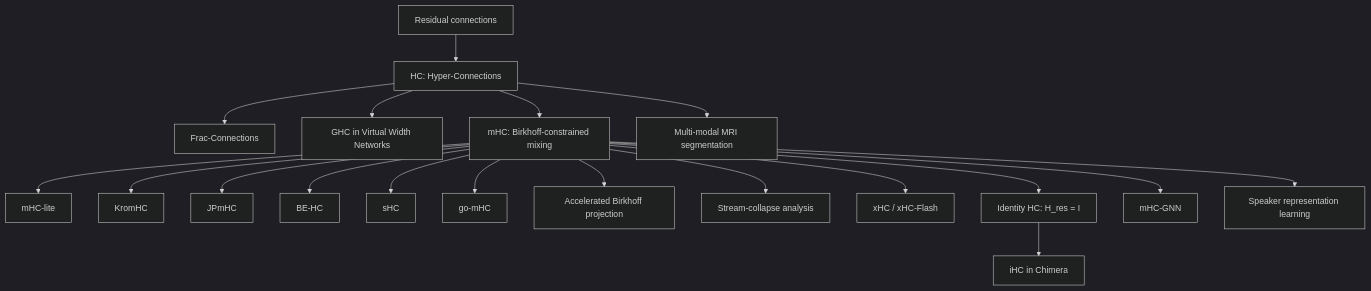
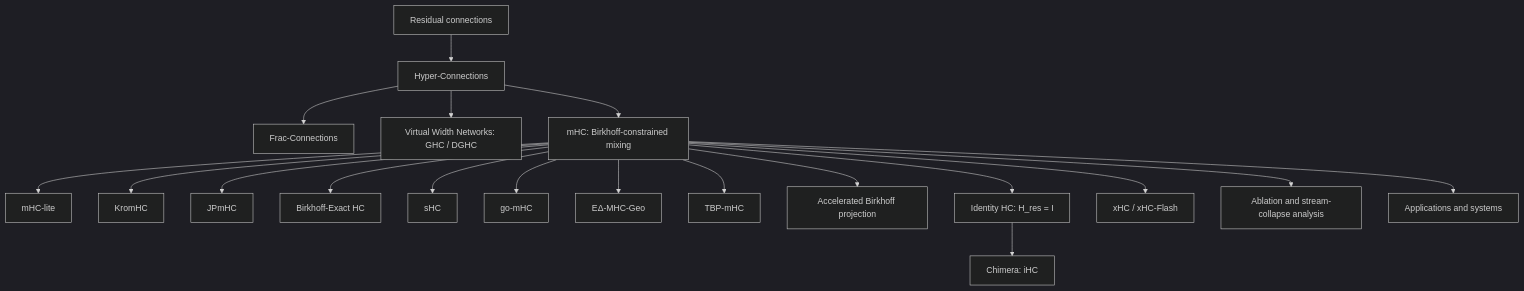
Before and after one commit to JiwenJ/Awesome-Hyper-Connection: the diagram in README.md, drawn with Mermaid (dark theme). The commit also changed other lines of this file, not shown here.

````diff
--- a/README.md
+++ b/README.md
@@ -46,24 +72,23 @@
 ```mermaid
 flowchart TD
-    R[Residual connections] --> HC[HC: Hyper-Connections]
-    HC --> FC[Frac-Connections]
-    HC --> GHC[GHC in Virtual Width Networks]
+    R[Residual connections] --> HC[Hyper-Connections]
+    HC --> FRAC[Frac-Connections]
+    HC --> VWN[Virtual Width Networks: GHC / DGHC]
     HC --> MHC[mHC: Birkhoff-constrained mixing]
 
-    MHC --> MHL[mHC-lite]
+    MHC --> LITE[mHC-lite]
     MHC --> KROM[KromHC]
     MHC --> JPM[JPmHC]
-    MHC --> BE[BE-HC]
+    MHC --> BE[Birkhoff-Exact HC]
     MHC --> SHC[sHC]
     MHC --> GO[go-mHC]
-    MHC --> BP[Accelerated Birkhoff projection]
-    MHC --> COLLAPSE[Stream-collapse analysis]
+    MHC --> EDELTA[EΔ-MHC-Geo]
+    MHC --> TBP[TBP-mHC]
+    MHC --> FAST[Accelerated Birkhoff projection]
+    MHC --> IHC[Identity HC: H_res = I]
     MHC --> XHC[xHC / xHC-Flash]
-    MHC --> IHC[Identity HC: H_res = I]
 
-    IHC --> CHIMERA[iHC in Chimera]
-
-    MHC --> GNN[mHC-GNN]
-    HC --> MRI[Multi-modal MRI segmentation]
-    MHC --> SPEAKER[Speaker representation learning]
+    MHC --> ANALYSIS[Ablation and stream-collapse analysis]
+    MHC --> APP[Applications and systems]
+    IHC --> CHIMERA[Chimera: iHC]
 ```
````
